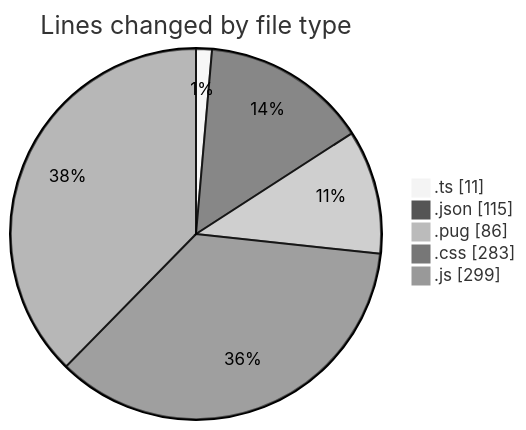
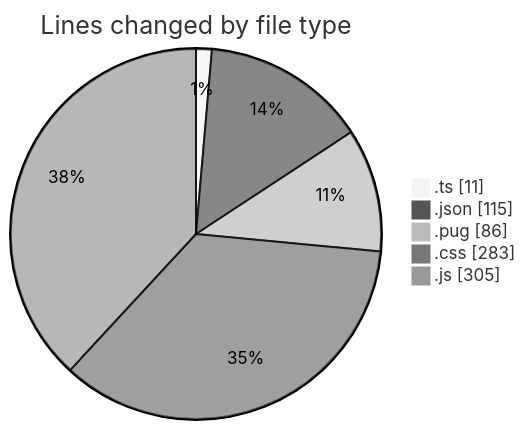
One commit to momahboobian/code-tracking changed the first of 2 diagrams in 2025-02-24/cda/README.md. Above: the diagram before and after it, drawn with Mermaid (neutral theme). The commit also changed other lines of this file and 1 other file, not shown here.

````diff
--- a/2025-02-24/cda/README.md
+++ b/2025-02-24/cda/README.md
@@ -31,9 +31,9 @@
 ```mermaid
 pie showData
 title Lines changed by file type
 ".ts" : 11
 ".json" : 115
 ".pug" : 86
 ".css" : 283
-".js" : 299
+".js" : 305
 ```
````
